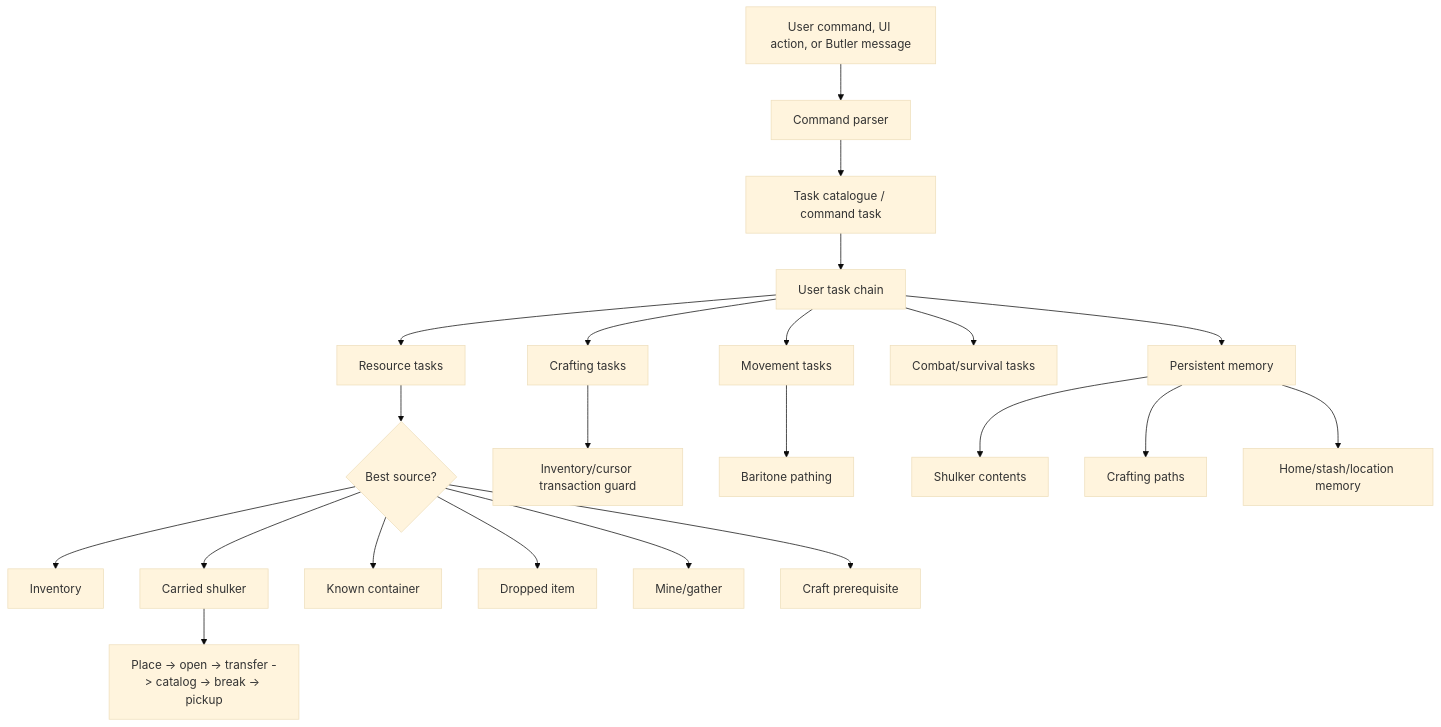
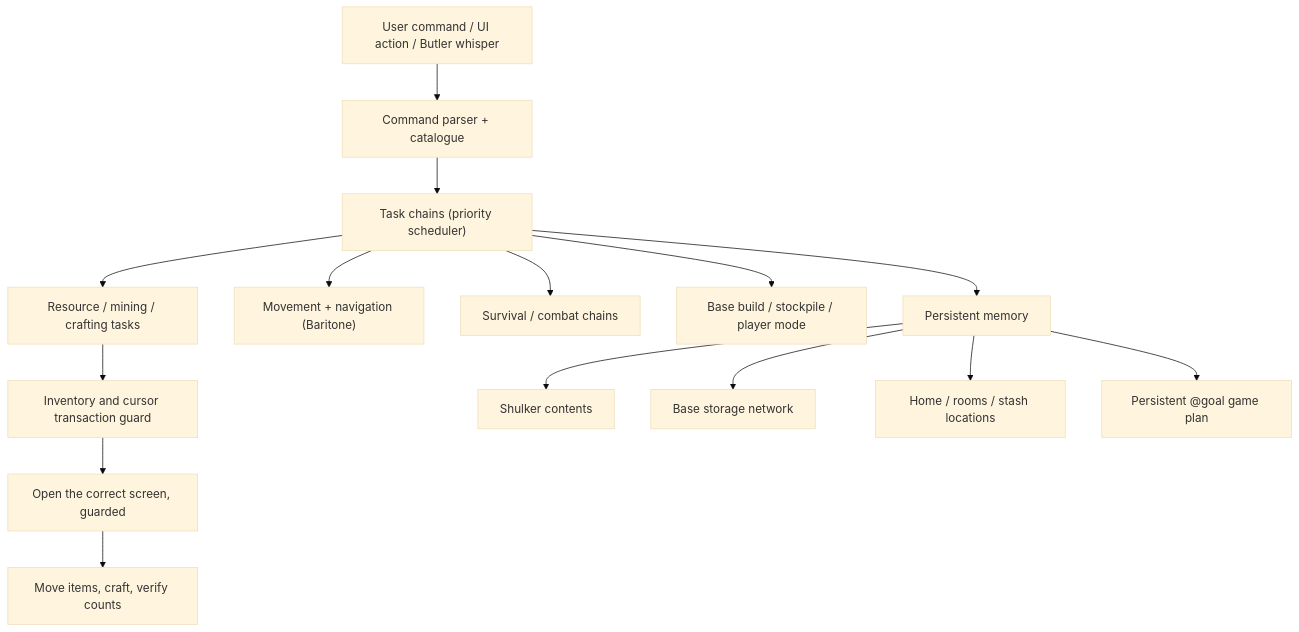
Before and after one commit to unaveragetech/Belfegor: the second of 2 diagrams in README.md, drawn with Mermaid (base theme). The commit also changed other lines of this file, not shown here.

First line of the commit message:
Rewrite README: clearer pitch, quick start, architecture, and command overview

````diff
--- a/README.md
+++ b/README.md
@@ -428,24 +142,17 @@
 ```mermaid
 flowchart TD
-    User["User command, UI action, or Butler message"] --> Parser["Command parser"]
-    Parser --> Catalogue["Task catalogue / command task"]
-    Catalogue --> Chain["User task chain"]
-    Chain --> Resource["Resource tasks"]
-    Chain --> Craft["Crafting tasks"]
-    Chain --> Move["Movement tasks"]
-    Chain --> Combat["Combat/survival tasks"]
-    Resource --> Sources{"Best source?"}
-    Sources --> Inv["Inventory"]
-    Sources --> Shulker["Carried shulker"]
-    Sources --> Container["Known container"]
-    Sources --> Ground["Dropped item"]
-    Sources --> Mine["Mine/gather"]
-    Sources --> SubCraft["Craft prerequisite"]
-    Craft --> SlotGuard["Inventory/cursor transaction guard"]
-    Shulker --> ShulkerTxn["Place -> open -> transfer -> catalog -> break -> pickup"]
-    Move --> Baritone["Baritone pathing"]
+    Input["User command / UI action / Butler whisper"] --> Parser["Command parser + catalogue"]
+    Parser --> Chain["Task chains (priority scheduler)"]
+    Chain --> Resource["Resource / mining / crafting tasks"]
+    Chain --> Move["Movement + navigation (Baritone)"]
+    Chain --> Combat["Survival / combat chains"]
+    Chain --> Base["Base build / stockpile / player mode"]
+    Resource --> Guard["Inventory and cursor transaction guard"]
+    Guard --> Screen["Open the correct screen, guarded"]
+    Screen --> Txn["Move items, craft, verify counts"]
     Chain --> Memory["Persistent memory"]
     Memory --> ShulkerMem["Shulker contents"]
-    Memory --> CraftMem["Crafting paths"]
-    Memory --> LocationMem["Home/stash/location memory"]
+    Memory --> StorageMem["Base storage network"]
+    Memory --> LocationMem["Home / rooms / stash locations"]
+    Memory --> GoalMem["Persistent @goal game plan"]
 ```
````
